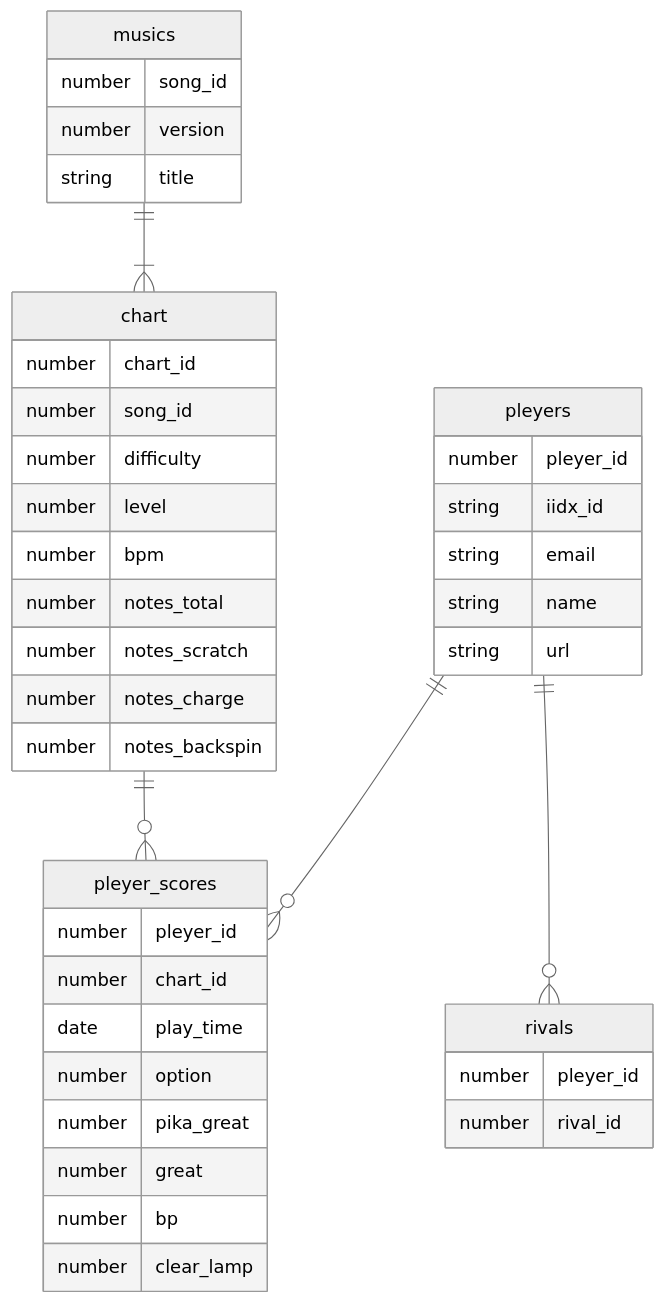
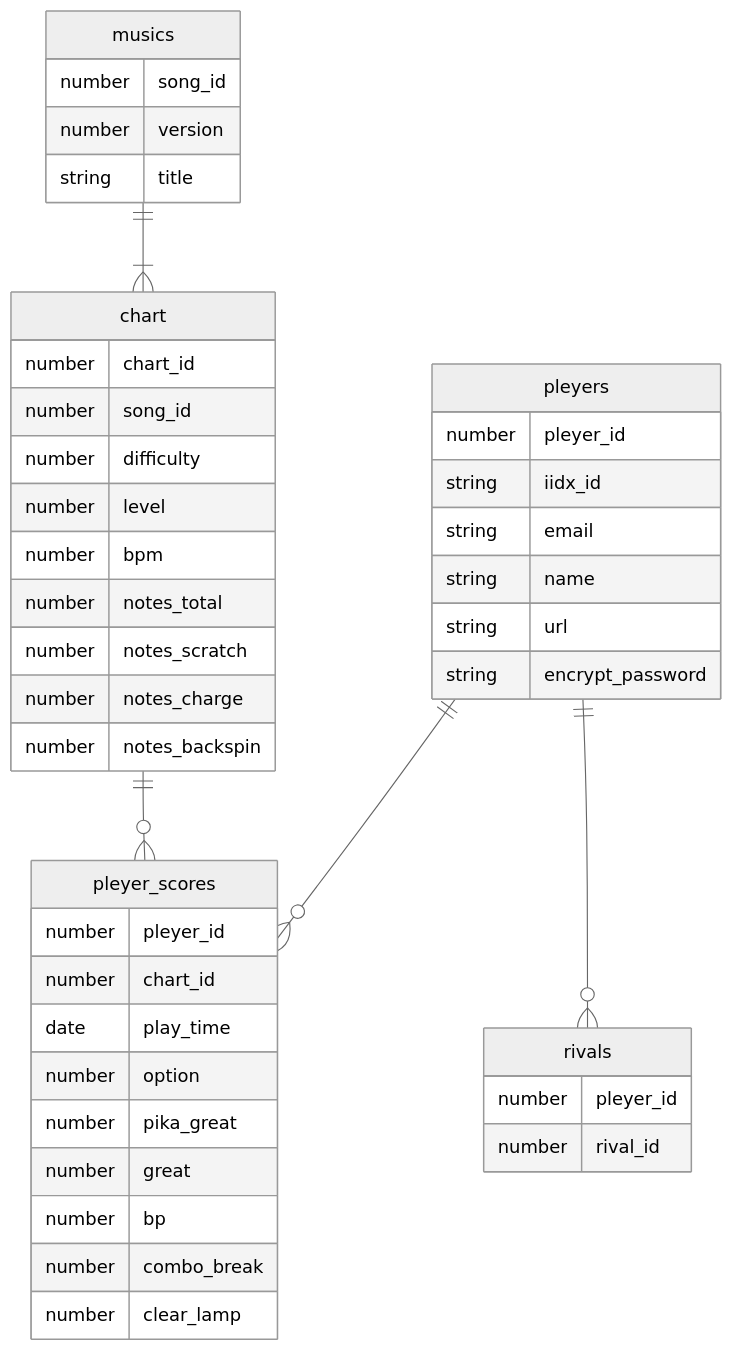
The diagram in ER_Diagram.md (tn369/dbr-manager), drawn with Mermaid (neutral theme) before and after one commit.

Commit message:
change add column

````diff
--- a/ER_Diagram.md
+++ b/ER_Diagram.md
@@ -3,52 +3,54 @@
 ```mermaid
 
 erDiagram
 
 musics ||--|{ chart: ""
 pleyers ||--o{ pleyer_scores: ""
 pleyers ||--o{ rivals: ""
 chart ||--o{ pleyer_scores:""
 
 pleyers{
     number pleyer_id
     string iidx_id
     string email
     string name
     string url
+    string encrypt_password 
 }
 
 rivals{
     number pleyer_id
     number rival_id
 }
 
 pleyer_scores{
     number pleyer_id
     number chart_id
     date play_time
     number option
     number pika_great
     number great
     number bp
+    number combo_break
     number clear_lamp
 }
 
 musics{
     number song_id
     number version
     string title
 }
 
 chart{
     number chart_id
     number song_id
     number difficulty 
     number level
     number bpm
     number notes_total
     number notes_scratch 
     number notes_charge
     number notes_backspin
 }
 
 ```
````
